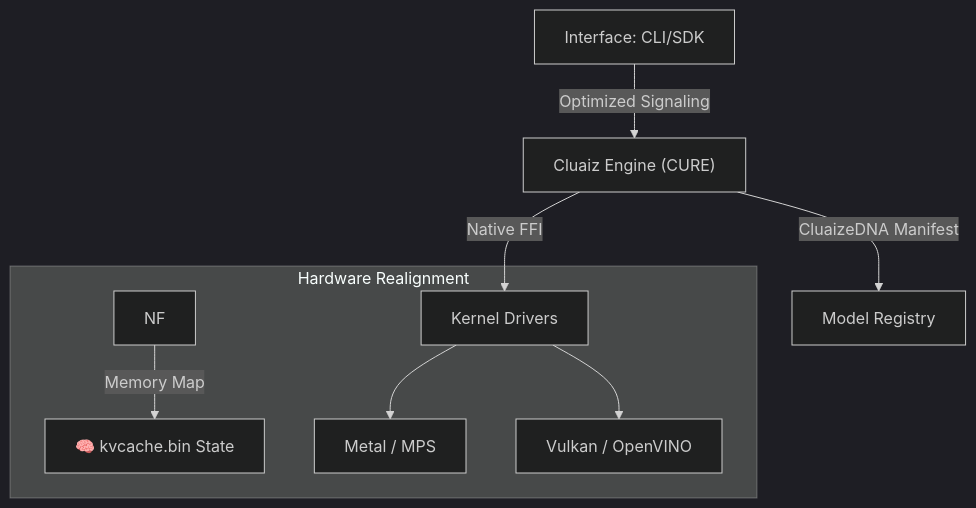
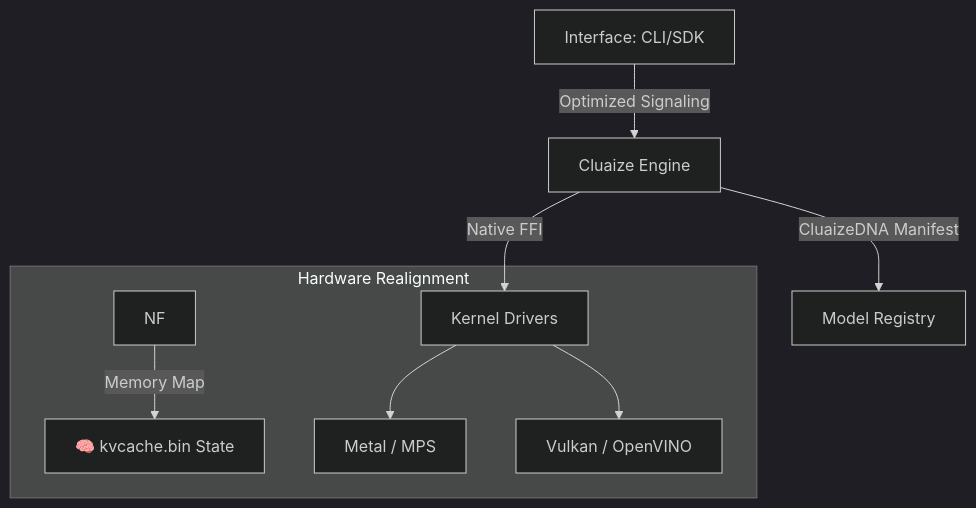
One commit to ayan-kushwaha/Cluaiz- changed the diagram in README.md. Above: the diagram before and after it, drawn with Mermaid (dark theme). The commit also changed other lines of this file and 395 other files, not shown here.

````diff
--- a/README.md
+++ b/README.md
@@ -144,12 +144,12 @@
 ```mermaid
 graph TD
-    A[Interface: CLI/SDK] -- "Optimized Signaling" --> B["Cluaiz Engine (CURE)"]
+    A[Interface: CLI/SDK] -- "Optimized Signaling" --> B["Cluaize Engine"]
     B -- "CluaizeDNA Manifest" --> C[Model Registry]
     B -- "Native FFI" --> D[Kernel Drivers]
     
     subgraph "Hardware Realignment"
         NF -->|Memory Map| S["🧠 kvcache.bin State"]
         D --> D2[Metal / MPS]
         D --> D3[Vulkan / OpenVINO]
     end
 ```
````
